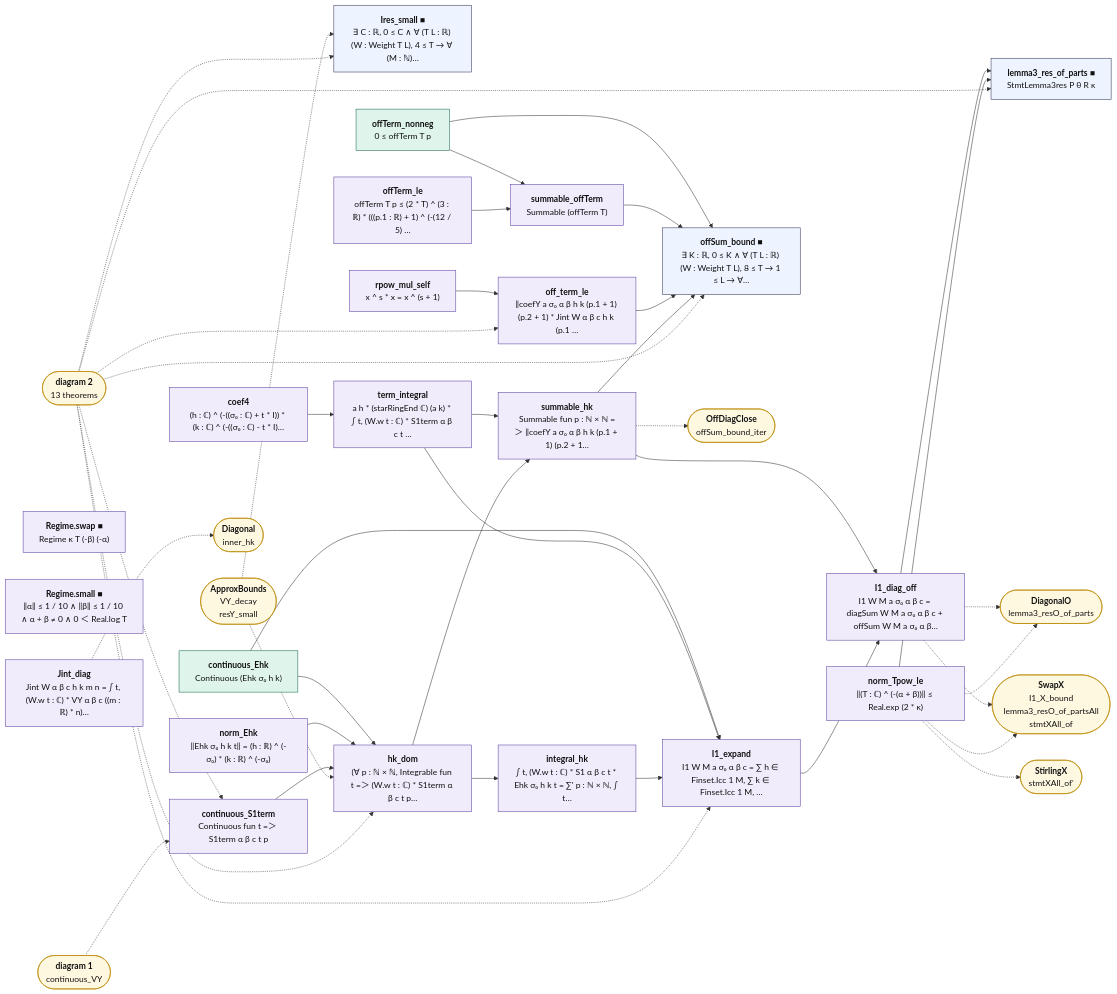
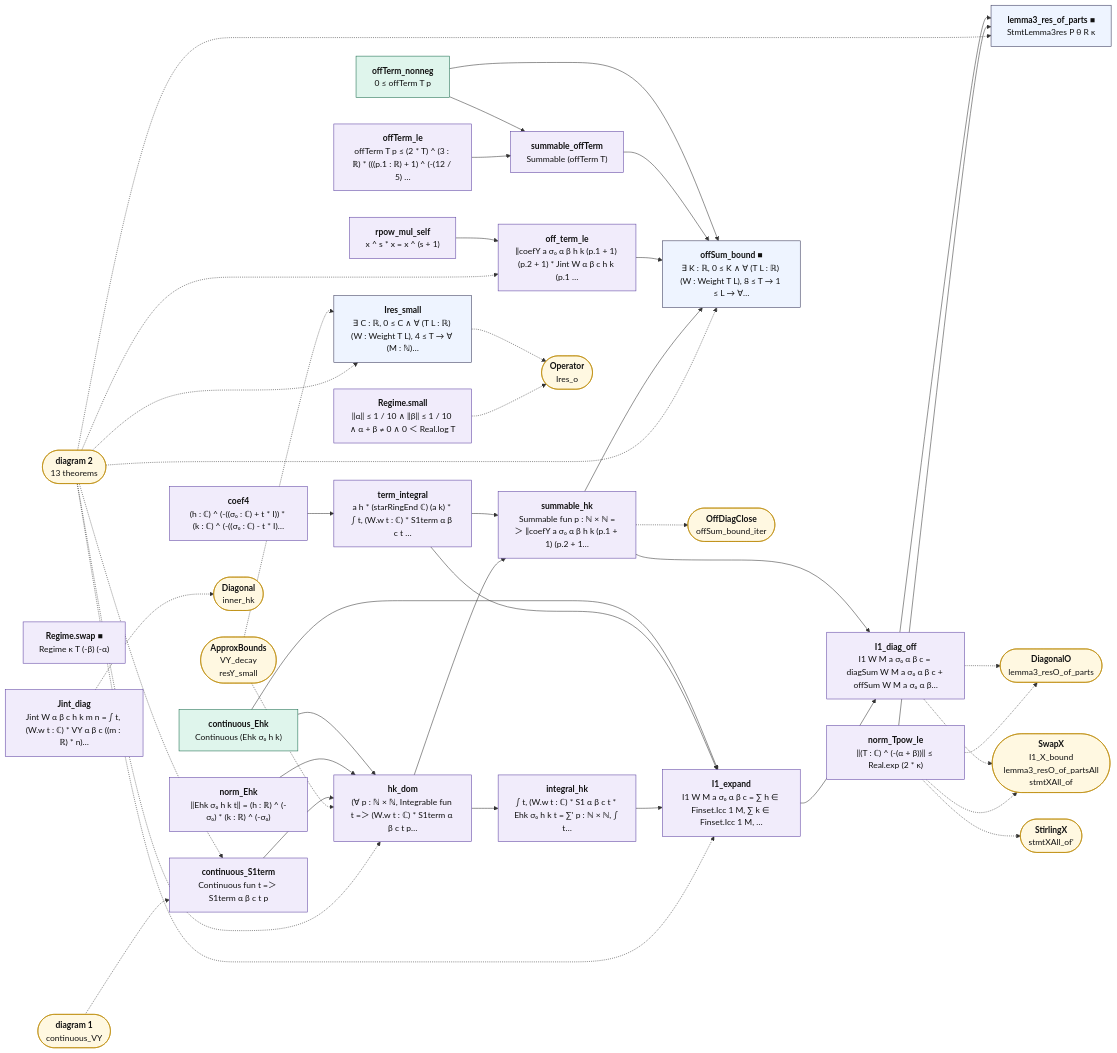
One commit to juliansambranojr/Primebeat_081426 changed the third of 3 diagrams in map/lean_stage3/TwistedMoment.md. Above: the diagram before and after it, drawn with Mermaid. The commit also changed other lines of this file and 31 other files, not shown here.

````diff
--- a/map/lean_stage3/TwistedMoment.md
+++ b/map/lean_stage3/TwistedMoment.md
@@ -243,79 +248,82 @@
 ```mermaid
 flowchart LR
-  n0["<b>Ires_small ■</b><br/>∃ C : ℝ, 0 ≤ C ∧ ∀ (T L : ℝ) (W : Weight T L), 4 ≤ T → ∀ (M : ℕ)…"]:::thm
+  n0["<b>Ires_small</b><br/>∃ C : ℝ, 0 ≤ C ∧ ∀ (T L : ℝ) (W : Weight T L), 4 ≤ T → ∀ (M : ℕ)…"]:::thm
   n1["<b>coef4</b><br/>(h : ℂ) ^ (-((σ₀ : ℂ) + t * I)) * (k : ℂ) ^ (-((σ₀ : ℂ) - t * I)…"]:::shp
   n2["<b>continuous_Ehk</b><br/>Continuous (Ehk σ₀ h k)"]:::cnt
   n3["<b>norm_Ehk</b><br/>‖Ehk σ₀ h k t‖ = (h : ℝ) ^ (-σ₀) * (k : ℝ) ^ (-σ₀)"]:::shp
   n4["<b>term_integral</b><br/>a h * (starRingEnd ℂ) (a k) * ∫ t, (W.w t : ℂ) * S1term α β c t …"]:::shp
   n5["<b>continuous_S1term</b><br/>Continuous fun t =＞ S1term α β c t p"]:::shp
   n6["<b>hk_dom</b><br/>(∀ p : ℕ × ℕ, Integrable fun t =＞ (W.w t : ℂ) * S1term α β c t p…"]:::shp
   n7["<b>integral_hk</b><br/>∫ t, (W.w t : ℂ) * S1 α β c t * Ehk σ₀ h k t = ∑' p : ℕ × ℕ, ∫ t…"]:::shp
   n8["<b>summable_hk</b><br/>Summable fun p : ℕ × ℕ =＞ ‖coefY a σ₀ α β h k (p.1 + 1) (p.2 + 1…"]:::shp
   n9["<b>I1_expand</b><br/>I1 W M a σ₀ α β c = ∑ h ∈ Finset.Icc 1 M, ∑ k ∈ Finset.Icc 1 M, …"]:::shp
   n10["<b>Jint_diag</b><br/>Jint W α β c h k m n = ∫ t, (W.w t : ℂ) * VY α β c ((m : ℝ) * n)…"]:::shp
   n11["<b>I1_diag_off</b><br/>I1 W M a σ₀ α β c = diagSum W M a σ₀ α β c + offSum W M a σ₀ α β…"]:::shp
   n12["<b>offTerm_nonneg</b><br/>0 ≤ offTerm T p"]:::cnt
   n13["<b>offTerm_le</b><br/>offTerm T p ≤ (2 * T) ^ (3 : ℝ) * (((p.1 : ℝ) + 1) ^ (-(12 / 5) …"]:::shp
   n14["<b>summable_offTerm</b><br/>Summable (offTerm T)"]:::shp
   n15["<b>rpow_mul_self</b><br/>x ^ s * x = x ^ (s + 1)"]:::shp
   n16["<b>off_term_le</b><br/>‖coefY a σ₀ α β h k (p.1 + 1) (p.2 + 1) * Jint W α β c h k (p.1 …"]:::shp
   n17["<b>offSum_bound ■</b><br/>∃ K : ℝ, 0 ≤ K ∧ ∀ (T L : ℝ) (W : Weight T L), 8 ≤ T → 1 ≤ L → ∀…"]:::thm
   n18["<b>Regime.swap ■</b><br/>Regime κ T (-β) (-α)"]:::shp
-  n19["<b>Regime.small ■</b><br/>‖α‖ ≤ 1 / 10 ∧ ‖β‖ ≤ 1 / 10 ∧ α + β ≠ 0 ∧ 0 ＜ Real.log T"]:::shp
+  n19["<b>Regime.small</b><br/>‖α‖ ≤ 1 / 10 ∧ ‖β‖ ≤ 1 / 10 ∧ α + β ≠ 0 ∧ 0 ＜ Real.log T"]:::shp
   n20["<b>norm_Tpow_le</b><br/>‖(T : ℂ) ^ (-(α + β))‖ ≤ Real.exp (2 * κ)"]:::shp
   n21["<b>lemma3_res_of_parts ■</b><br/>StmtLemma3res P θ R κ"]:::thm
   x0(["<b>ApproxBounds</b><br/>VY_decay<br/>resY_small"]):::ext
   x1(["<b>diagram 2</b><br/>13 theorems"]):::ext
-  x2(["<b>diagram 1</b><br/>continuous_VY"]):::ext
-  x3(["<b>OffDiagClose</b><br/>offSum_bound_iter"]):::ext
-  x4(["<b>Diagonal</b><br/>inner_hk"]):::ext
-  x5(["<b>DiagonalO</b><br/>lemma3_resO_of_parts"]):::ext
-  x6(["<b>SwapX</b><br/>I1_X_bound<br/>lemma3_resO_of_partsAll<br/>stmtXAll_of"]):::ext
-  x7(["<b>StirlingX</b><br/>stmtXAll_of'"]):::ext
+  x2(["<b>Operator</b><br/>Ires_o"]):::ext
+  x3(["<b>diagram 1</b><br/>continuous_VY"]):::ext
+  x4(["<b>OffDiagClose</b><br/>offSum_bound_iter"]):::ext
+  x5(["<b>Diagonal</b><br/>inner_hk"]):::ext
+  x6(["<b>DiagonalO</b><br/>lemma3_resO_of_parts"]):::ext
+  x7(["<b>SwapX</b><br/>I1_X_bound<br/>lemma3_resO_of_partsAll<br/>stmtXAll_of"]):::ext
+  x8(["<b>StirlingX</b><br/>stmtXAll_of'"]):::ext
   n1 --> n4
   n11 --> n21
   n12 --> n14
   n12 --> n17
   n13 --> n14
   n14 --> n17
   n15 --> n16
   n16 --> n17
   n2 --> n6
   n2 --> n9
   n20 --> n21
   n3 --> n6
   n4 --> n8
   n4 --> n9
   n5 --> n6
   n6 --> n7
   n6 --> n8
   n7 --> n9
   n8 --> n11
   n8 --> n17
   n9 --> n11
-  n10 -.-> x4
-  n11 -.-> x5
+  n0 -.-> x2
+  n10 -.-> x5
   n11 -.-> x6
-  n20 -.-> x5
+  n11 -.-> x7
+  n19 -.-> x2
   n20 -.-> x6
   n20 -.-> x7
-  n8 -.-> x3
+  n20 -.-> x8
+  n8 -.-> x4
   x0 -.-> n0
   x0 -.-> n6
   x1 -.-> n0
   x1 -.-> n16
   x1 -.-> n17
   x1 -.-> n21
   x1 -.-> n5
   x1 -.-> n6
   x1 -.-> n9
-  x2 -.-> n5
+  x3 -.-> n5
   classDef cnt fill:#dff5ec,stroke:#17694a,color:#111
   classDef shp fill:#f1ecfb,stroke:#5b3fa0,color:#111
   classDef rh fill:#ffe5e5,stroke:#c22,color:#111,stroke-width:2px
   classDef thm fill:#eef4ff,stroke:#335,color:#111
   classDef end_ fill:#e7f7e7,stroke:#2a7,color:#111,stroke-width:2px
   classDef lone fill:#fff,stroke:#999,color:#111,stroke-dasharray:4 3
   classDef bad fill:#ffe5e5,stroke:#c22,color:#111,stroke-width:2px
   classDef ext fill:#fff8e1,stroke:#b80,color:#111
 ```
````
